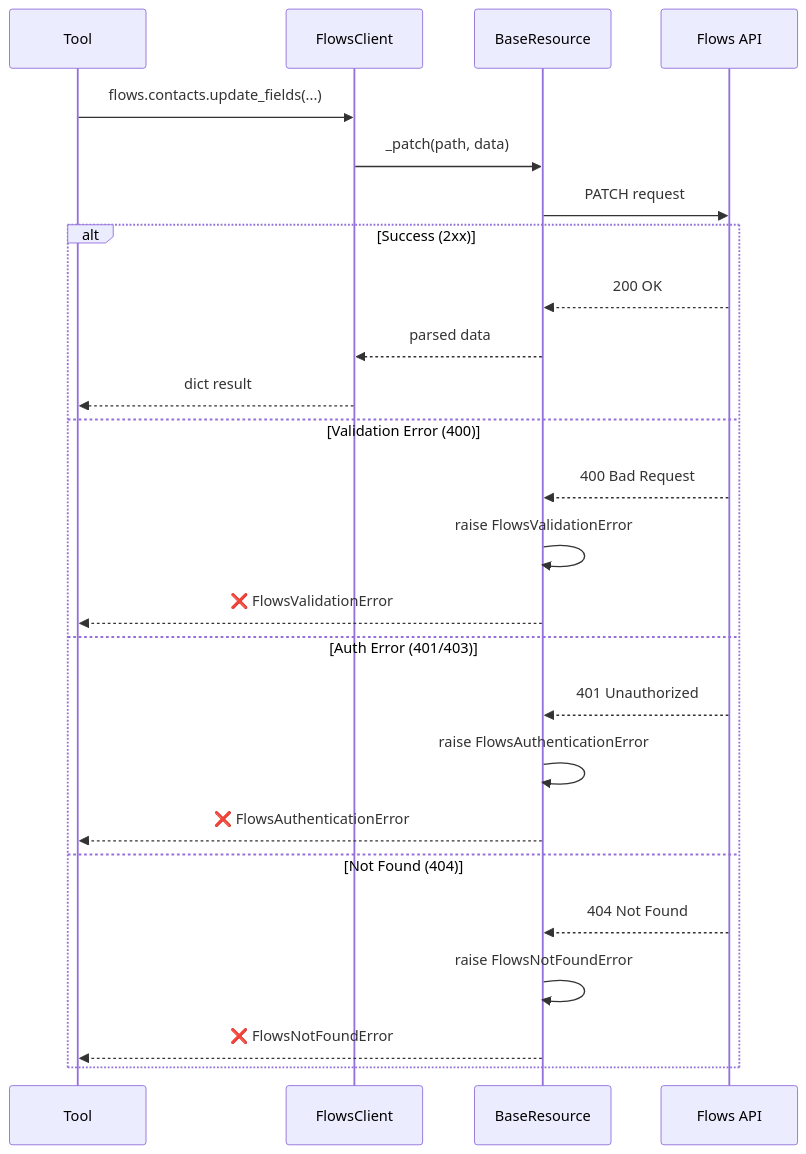
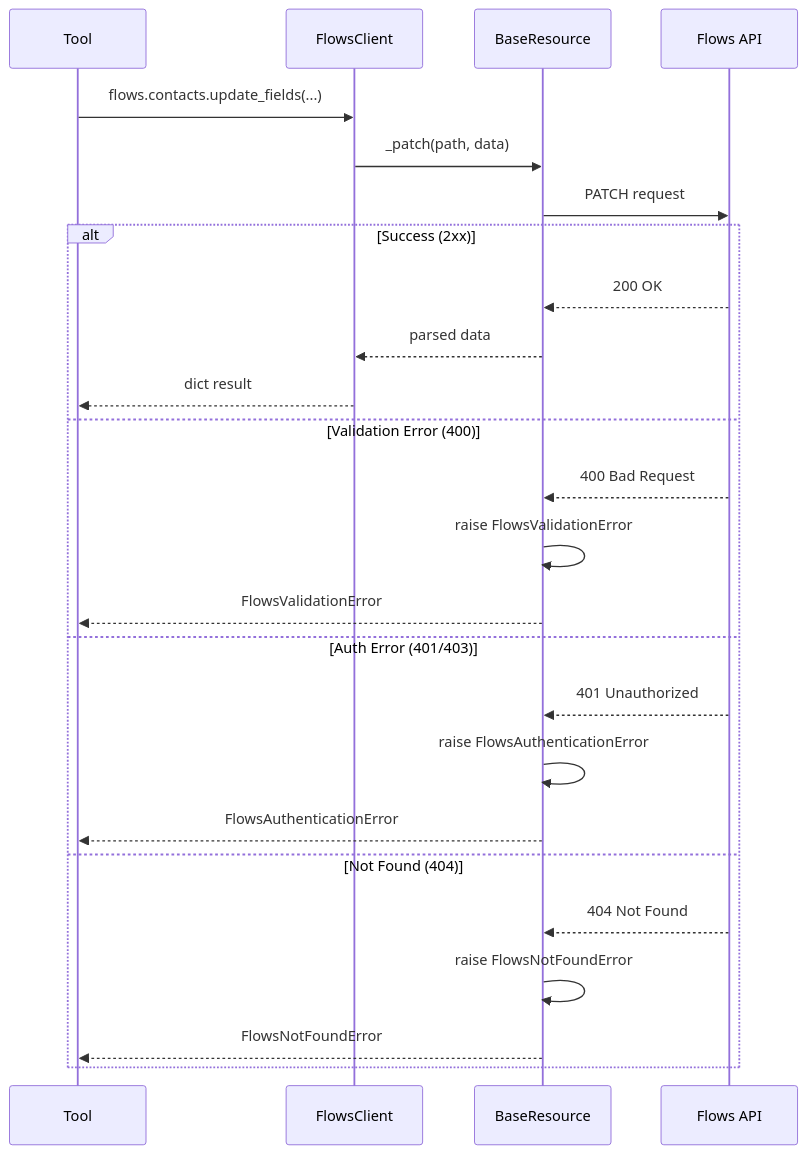
Before and after one commit to weni-ai/agents-toolkit: the eighth of 10 diagrams in docs/architecture/flows-integration-proposal.md, drawn with Mermaid. The commit also changed other lines of this file, not shown here.

````diff
--- a/docs/architecture/flows-integration-proposal.md
+++ b/docs/architecture/flows-integration-proposal.md
@@ -270,29 +288,29 @@
 ```mermaid
 sequenceDiagram
     participant Tool
     participant Client as FlowsClient
     participant Base as BaseResource
     participant Flows as Flows API
 
     Tool->>Client: flows.contacts.update_fields(...)
     Client->>Base: _patch(path, data)
     Base->>Flows: PATCH request
     
     alt Success (2xx)
         Flows-->>Base: 200 OK
         Base-->>Client: parsed data
         Client-->>Tool: dict result
     else Validation Error (400)
         Flows-->>Base: 400 Bad Request
         Base->>Base: raise FlowsValidationError
-        Base-->>Tool: ❌ FlowsValidationError
+        Base-->>Tool: FlowsValidationError
     else Auth Error (401/403)
         Flows-->>Base: 401 Unauthorized
         Base->>Base: raise FlowsAuthenticationError
-        Base-->>Tool: ❌ FlowsAuthenticationError
+        Base-->>Tool: FlowsAuthenticationError
     else Not Found (404)
         Flows-->>Base: 404 Not Found
         Base->>Base: raise FlowsNotFoundError
-        Base-->>Tool: ❌ FlowsNotFoundError
+        Base-->>Tool: FlowsNotFoundError
     end
 ```
````
